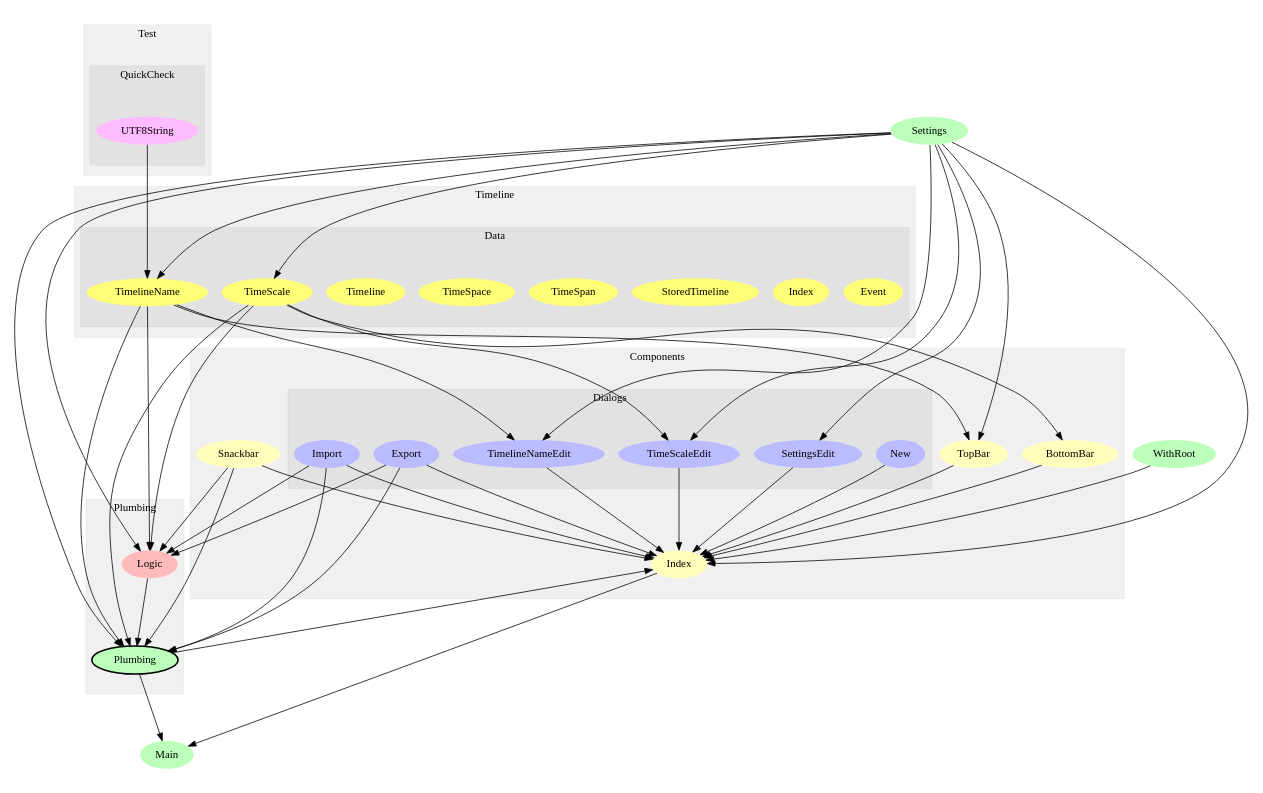
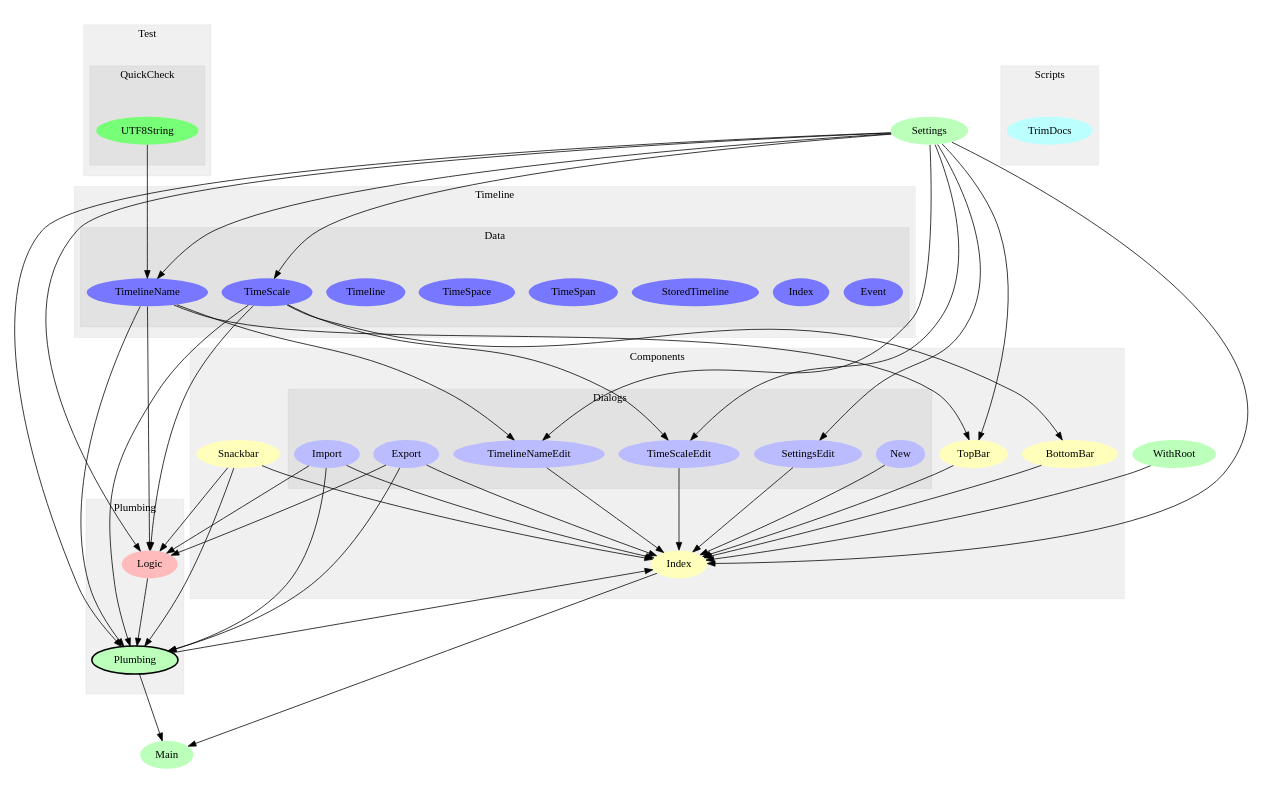
The diagram in modules.dot (openchronology/openchronology.github.io), drawn with Graphviz before and after one commit. The commit also changed 32 other files, not shown here.

```diff
--- a/modules.dot
+++ b/modules.dot
@@ -1,109 +1,116 @@
 digraph Modules {
 size="12,8";
 ratio="fill";
 u1[label="WithRoot",style="filled",fillcolor="#bbffbb",penwidth="0"];
 u2[label="Main",style="filled",fillcolor="#bbffbb",penwidth="0"];
 u14[label="Settings",style="filled",fillcolor="#bbffbb",penwidth="0"];
 subgraph cluster_0 {
 label="Components";
 color="#0000000F";
 style="filled";
 u4[label="Index",style="filled",fillcolor="#ffffbb",penwidth="0"];
 u5[label="TopBar",style="filled",fillcolor="#ffffbb",penwidth="0"];
 u12[label="Snackbar",style="filled",fillcolor="#ffffbb",penwidth="0"];
 u13[label="BottomBar",style="filled",fillcolor="#ffffbb",penwidth="0"];
 subgraph cluster_1 {
 label="Dialogs";
 color="#0000000F";
 style="filled";
 u6[label="New",style="filled",fillcolor="#bbbbff",penwidth="0"];
 u7[label="Export",style="filled",fillcolor="#bbbbff",penwidth="0"];
 u8[label="Import",style="filled",fillcolor="#bbbbff",penwidth="0"];
 u9[label="TimeScaleEdit",style="filled",fillcolor="#bbbbff",penwidth="0"];
 u10[label="TimelineNameEdit",style="filled",fillcolor="#bbbbff",penwidth="0"];
 u11[label="SettingsEdit",style="filled",fillcolor="#bbbbff",penwidth="0"];
 
 }
 
 }
 subgraph cluster_2 {
 label="Plumbing";
 color="#0000000F";
 style="filled";
 u0[label="Plumbing",style="filled,bold",fillcolor="#bbffbb"];
 u3[label="Logic",style="filled",fillcolor="#ffbbbb",penwidth="0"];
 
 }
 subgraph cluster_3 {
+label="Scripts";
+color="#0000000F";
+style="filled";
+u16[label="TrimDocs",style="filled",fillcolor="#bbffff",penwidth="0"];
+
+}
+subgraph cluster_4 {
 label="Test";
 color="#0000000F";
 style="filled";
-subgraph cluster_4 {
+subgraph cluster_5 {
 label="QuickCheck";
 color="#0000000F";
 style="filled";
-u15[label="UTF8String",style="filled",fillcolor="#ffbbff",penwidth="0"];
+u15[label="UTF8String",style="filled",fillcolor="#77ff77",penwidth="0"];
 
 }
 
 }
-subgraph cluster_5 {
+subgraph cluster_6 {
 label="Timeline";
 color="#0000000F";
 style="filled";
-subgraph cluster_6 {
+subgraph cluster_7 {
 label="Data";
 color="#0000000F";
 style="filled";
-u16[label="Event",style="filled",fillcolor="#ffff77",penwidth="0"];
-u17[label="Index",style="filled",fillcolor="#ffff77",penwidth="0"];
-u18[label="StoredTimeline",style="filled",fillcolor="#ffff77",penwidth="0"];
-u19[label="TimeSpan",style="filled",fillcolor="#ffff77",penwidth="0"];
-u20[label="TimeSpace",style="filled",fillcolor="#ffff77",penwidth="0"];
-u21[label="Timeline",style="filled",fillcolor="#ffff77",penwidth="0"];
-u22[label="TimelineName",style="filled",fillcolor="#ffff77",penwidth="0"];
-u23[label="TimeScale",style="filled",fillcolor="#ffff77",penwidth="0"];
+u17[label="Event",style="filled",fillcolor="#7777ff",penwidth="0"];
+u18[label="Index",style="filled",fillcolor="#7777ff",penwidth="0"];
+u19[label="StoredTimeline",style="filled",fillcolor="#7777ff",penwidth="0"];
+u20[label="TimeSpan",style="filled",fillcolor="#7777ff",penwidth="0"];
+u21[label="TimeSpace",style="filled",fillcolor="#7777ff",penwidth="0"];
+u22[label="Timeline",style="filled",fillcolor="#7777ff",penwidth="0"];
+u23[label="TimelineName",style="filled",fillcolor="#7777ff",penwidth="0"];
+u24[label="TimeScale",style="filled",fillcolor="#7777ff",penwidth="0"];
 
 }
 
 }
 u3 -> u0;
 u7 -> u0;
 u8 -> u0;
 u12 -> u0;
 u14 -> u0;
-u22 -> u0;
 u23 -> u0;
+u24 -> u0;
 u0 -> u2;
 u4 -> u2;
 u7 -> u3;
 u8 -> u3;
 u12 -> u3;
 u14 -> u3;
-u22 -> u3;
 u23 -> u3;
+u24 -> u3;
 u0 -> u4;
 u1 -> u4;
 u5 -> u4;
 u6 -> u4;
 u7 -> u4;
 u8 -> u4;
 u9 -> u4;
 u10 -> u4;
 u11 -> u4;
 u12 -> u4;
 u13 -> u4;
 u14 -> u4;
 u14 -> u5;
-u22 -> u5;
+u23 -> u5;
 u14 -> u9;
-u23 -> u9;
+u24 -> u9;
 u14 -> u10;
-u22 -> u10;
+u23 -> u10;
 u14 -> u11;
-u23 -> u13;
-u14 -> u22;
-u15 -> u22;
+u24 -> u13;
 u14 -> u23;
+u15 -> u23;
+u14 -> u24;
 
 }
```
